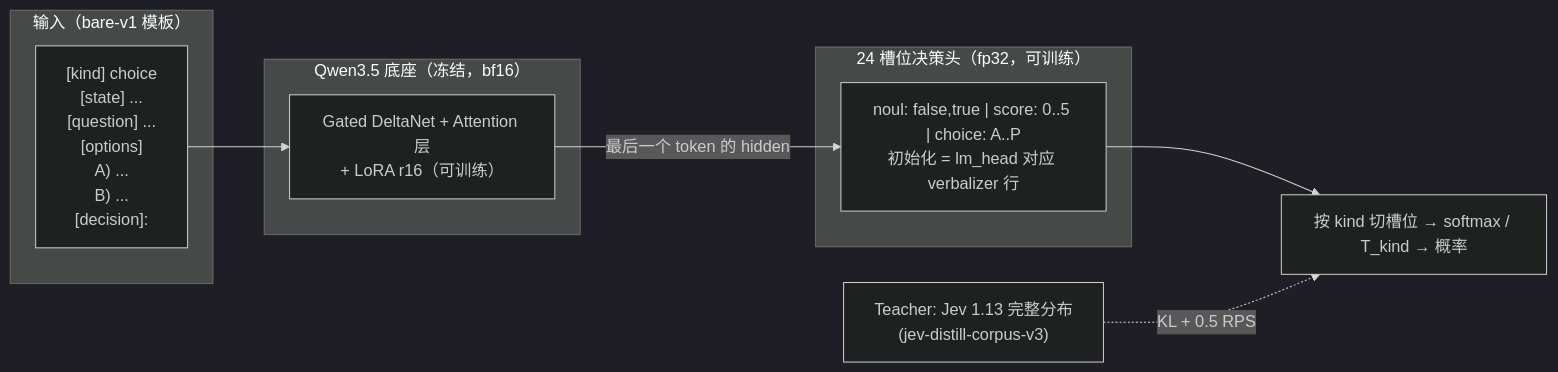
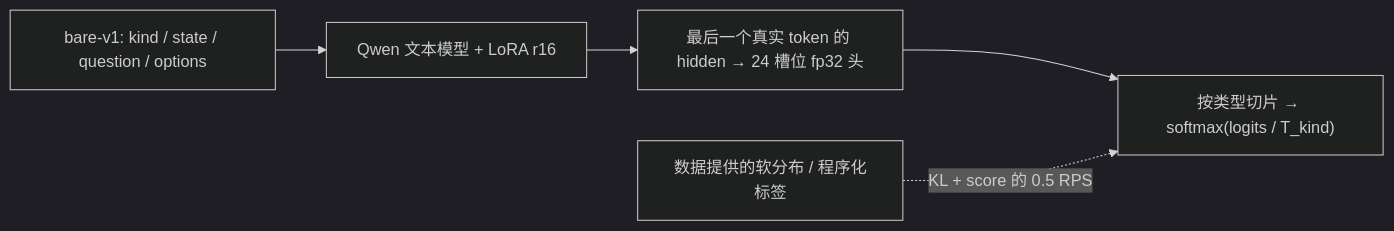
Before and after one commit to shibing624/train-jev: the diagram in README.md, drawn with Mermaid (dark theme). The commit also changed other lines of this file and 28 other files, not shown here.

````diff
--- a/README.md
+++ b/README.md
@@ -52,14 +42,7 @@
 ```mermaid
 flowchart LR
-    subgraph IN["输入（bare-v1 模板）"]
-        P["[kind] choice<br/>[state] ...<br/>[question] ...<br/>[options]<br/>A) ...<br/>B) ...<br/>[decision]:"]
-    end
-    subgraph BB["Qwen3.5 底座（冻结，bf16）"]
-        L["Gated DeltaNet + Attention 层<br/>+ LoRA r16（可训练）"]
-    end
-    subgraph HEAD["24 槽位决策头（fp32，可训练）"]
-        H["noul: false,true | score: 0..5 | choice: A..P<br/>初始化 = lm_head 对应 verbalizer 行"]
-    end
-    P --> L -->|最后一个 token 的 hidden| H --> S["按 kind 切槽位 → softmax / T_kind → 概率"]
-    T["Teacher: Jev 1.13 完整分布<br/>(jev-distill-corpus-v3)"] -.->|"KL + 0.5 RPS"| S
+    P["bare-v1: kind / state / question / options"] --> B["Qwen 文本模型 + LoRA r16"]
+    B --> H["最后一个真实 token 的 hidden → 24 槽位 fp32 头"]
+    H --> S["按类型切片 → softmax(logits / T_kind)"]
+    T["数据提供的软分布 / 程序化标签"] -.->|"KL + score 的 0.5 RPS"| S
 ```
````
